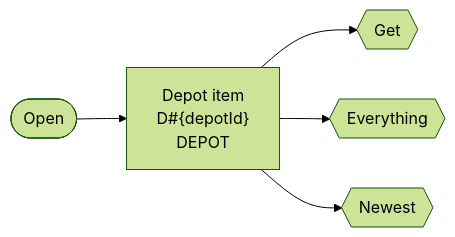
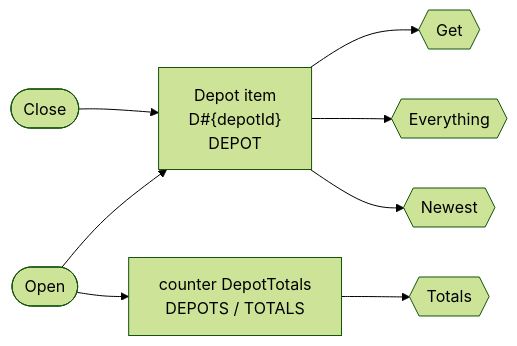
One commit to nicklanng/dynago changed the sixth of 8 diagrams in internal/e2e/fixture/fixture.model.md. Above: the diagram before and after it, drawn with Mermaid (forest theme). The commit also changed other lines of this file and 21 other files, not shown here.

````diff
--- a/internal/e2e/fixture/fixture.model.md
+++ b/internal/e2e/fixture/fixture.model.md
@@ -335,12 +349,17 @@
 ```mermaid
 flowchart LR
   item_Depot["Depot item<br/>D#35;{depotId}<br/>DEPOT"]
+  counter_DepotTotals["counter DepotTotals<br/>DEPOTS / TOTALS"]
   w_Open(["Open"])
-  w_Open --> item_Depot
+  w_Open --> item_Depot & counter_DepotTotals
+  w_Close(["Close"])
+  w_Close --> item_Depot
   r_Get{{"Get"}}
   item_Depot --> r_Get
+  r_Totals{{"Totals"}}
+  counter_DepotTotals --> r_Totals
   r_Everything{{"Everything"}}
   item_Depot --> r_Everything
   r_Newest{{"Newest"}}
   item_Depot --> r_Newest
 ```
````
